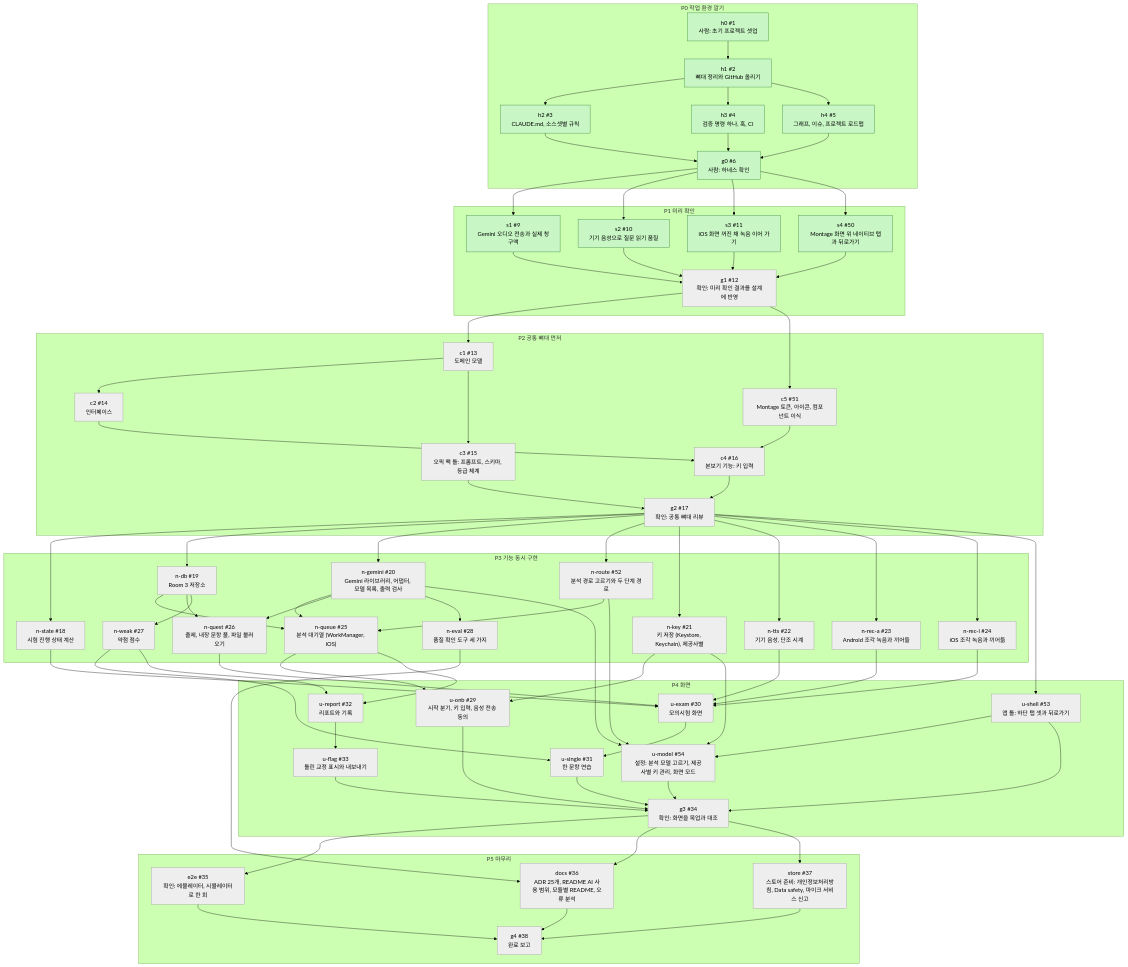
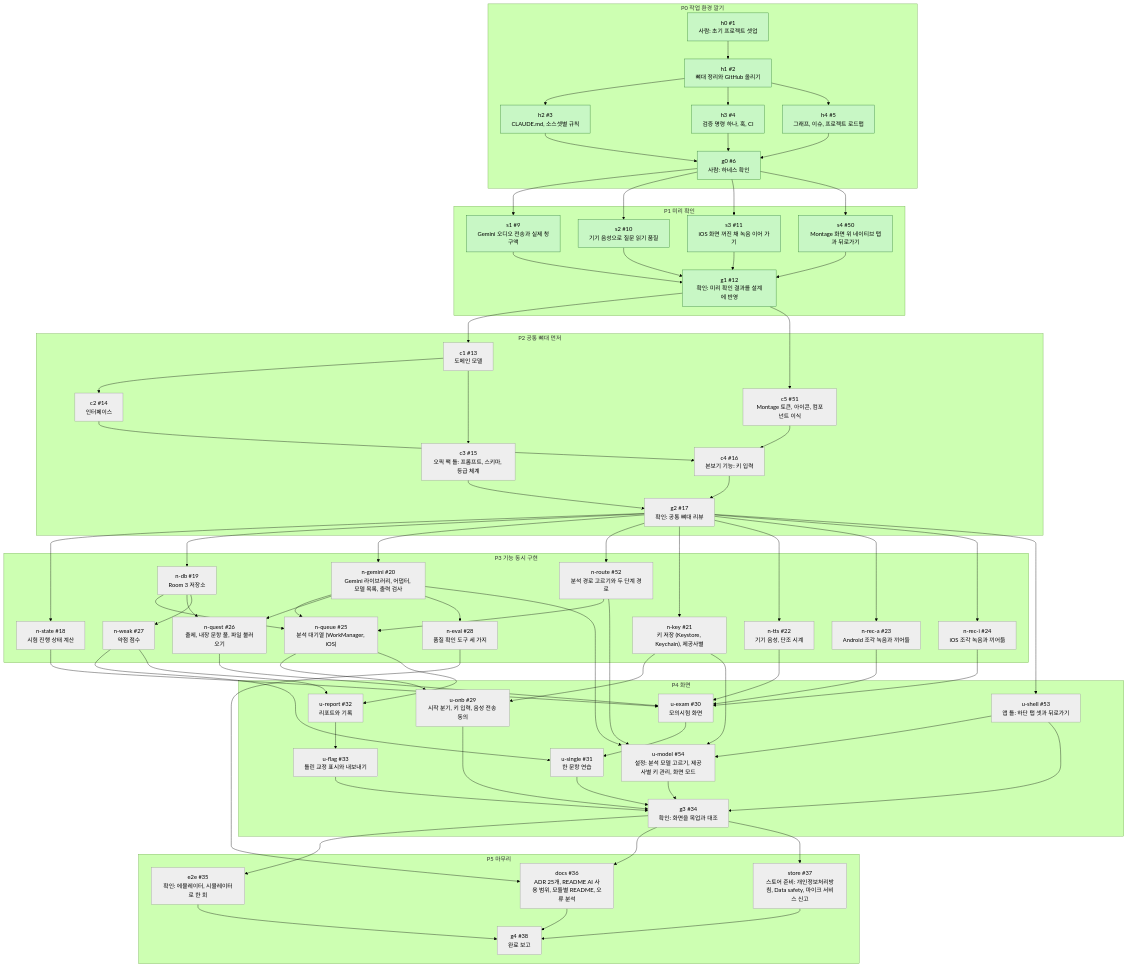
Before and after one commit to nosorae/AiOpicSelfStudy: the first of 2 diagrams in docs/graph/dev-graph.md, drawn with Mermaid (forest theme). The commit also changed other lines of this file and 2 other files, not shown here.

Commit message:
[g1] 미리 확인 결과를 설계 문서 11절에 반영했다 (#12) (#64)
* [g1] 미리 확인 결과를 설계 문서 11절에 반영했다 (#12)

* [g1] 그래프 상태를 done 으로 바꿨다

---------

````diff
--- a/docs/graph/dev-graph.md
+++ b/docs/graph/dev-graph.md
@@ -127,9 +127,9 @@
   docs --> g4
   store --> g4
   classDef todo fill:#eeeeee,stroke:#999999,color:#000
-  class g1,c1,c2,c3,c5,c4,g2,n_state,n_db,n_gemini,n_route,n_key,n_tts,n_rec_a,n_rec_i,n_queue,n_quest,n_weak,n_eval,u_onb,u_shell,u_exam,u_single,u_report,u_flag,u_model,g3,e2e,docs,store,g4 todo
+  class c1,c2,c3,c5,c4,g2,n_state,n_db,n_gemini,n_route,n_key,n_tts,n_rec_a,n_rec_i,n_queue,n_quest,n_weak,n_eval,u_onb,u_shell,u_exam,u_single,u_report,u_flag,u_model,g3,e2e,docs,store,g4 todo
   classDef doing fill:#fff3b0,stroke:#d4a017,color:#000
   classDef done fill:#c8f7c5,stroke:#2e7d32,color:#000
-  class h0,h1,h2,h3,h4,g0,s1,s2,s3,s4 done
+  class h0,h1,h2,h3,h4,g0,s1,s2,s3,s4,g1 done
   classDef blocked fill:#ffcdd2,stroke:#c62828,color:#000
 ```
````
